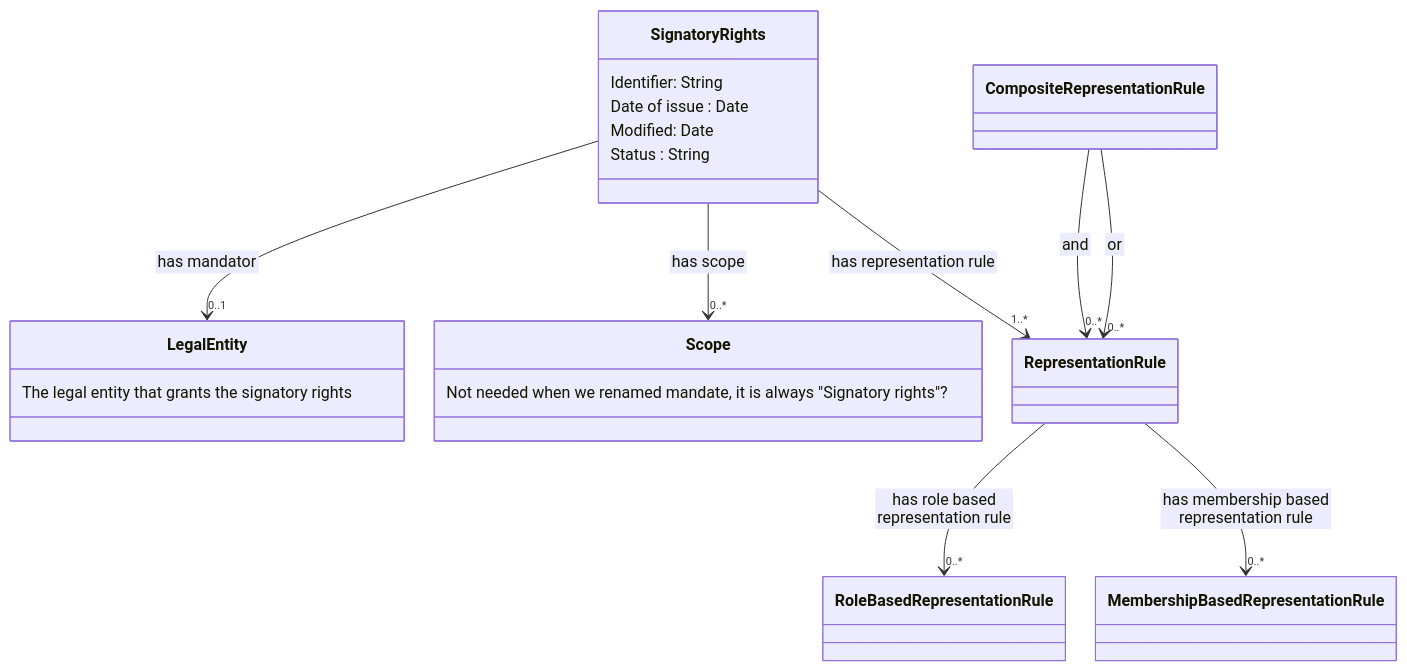
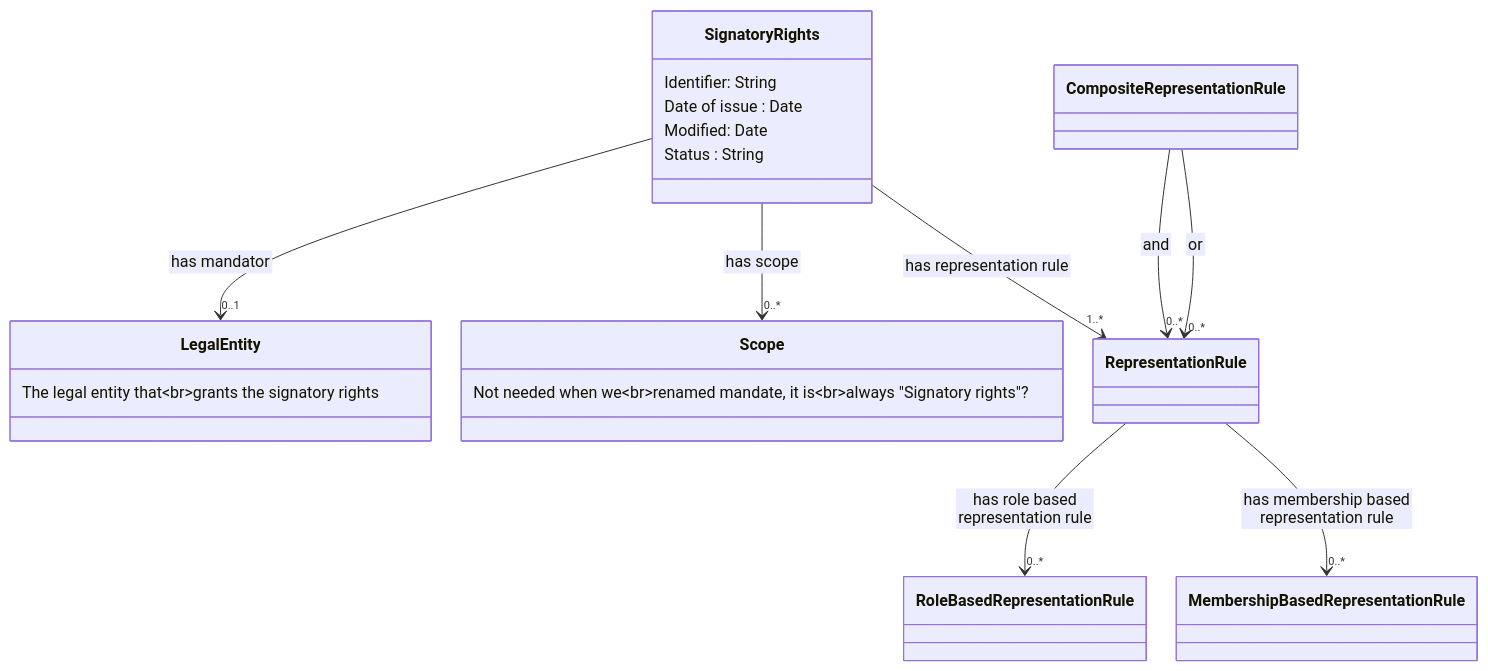
The diagram in README.md (nordicsmartgovernment/Nordic-Signatory-Rights-Model), drawn with Mermaid before and after one commit.

````diff
--- a/README.md
+++ b/README.md
@@ -22,39 +22,39 @@
 ```mermaid
  %%{init:{'flowchart':{'nodeSpacing': 30, 'rankSpacing': 95, 'htmlLabels': false}}}%%
     classDiagram
        
         class Signatory Rights {
             Identifier: String
             Date of issue : Date
             Modified: Date
             Status : String
         }
 
         Signatory Rights --> "0..1" Legal Entity : has mandator
         Signatory Rights --> "0..*" Scope : has scope
         Signatory Rights --> "1..*" Representation Rule : has representation rule
 
         class Legal Entity {
-           The legal entity that grants the signatory rights
+           The legal entity that<br>grants the signatory rights
         }
 
         class Scope {
-           Not needed when we renamed mandate, it is always "Signatory rights"?
+           Not needed when we<br>renamed mandate, it is<br>always "Signatory rights"?
         }
 
         class Representation Rule {
         }
 
         Representation Rule  --> "0..*" Role Based Representation Rule : has role based representation rule
         Representation Rule --> "0..*" Membership Based Representation Rule : has membership based representation rule
 
         class Composite Representation Rule {
         }
 
         Composite Representation Rule --> "0..*" Representation Rule : and
         Composite Representation Rule --> "0..*" Representation Rule : or
 
         class Scope {
         }
 
 ```
````
